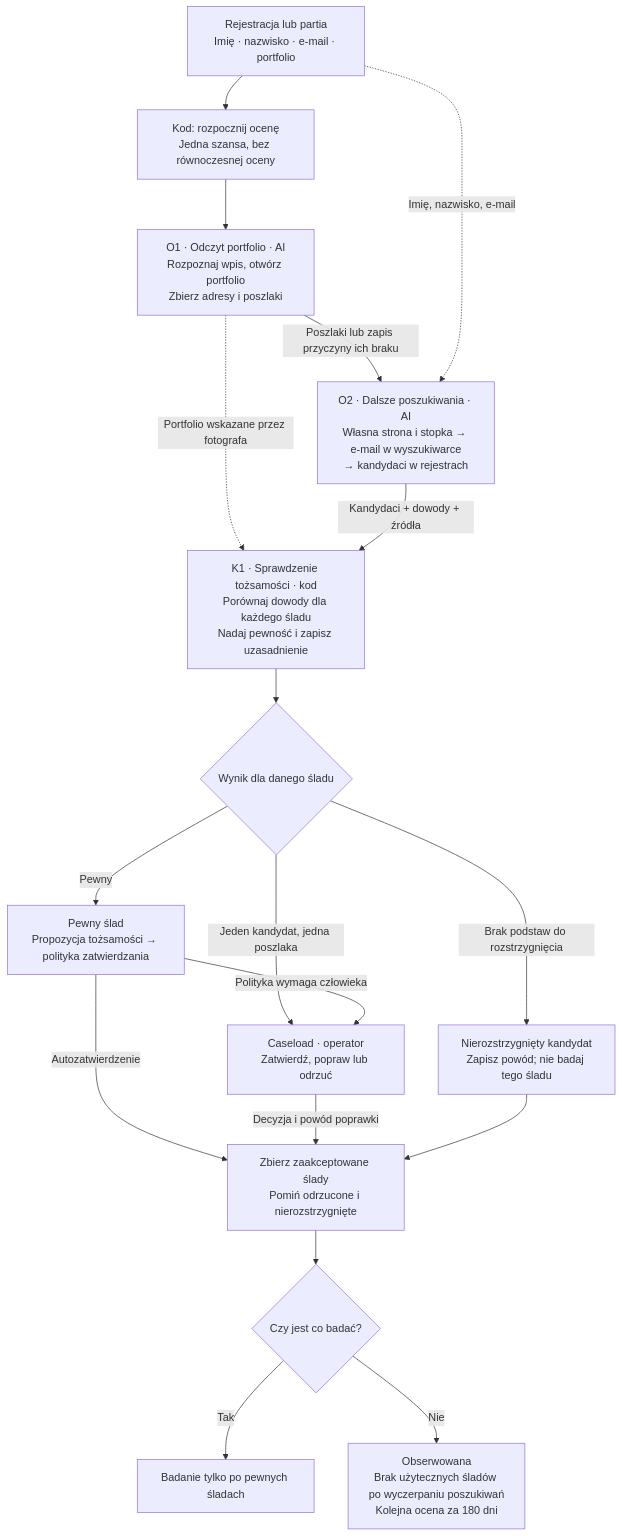
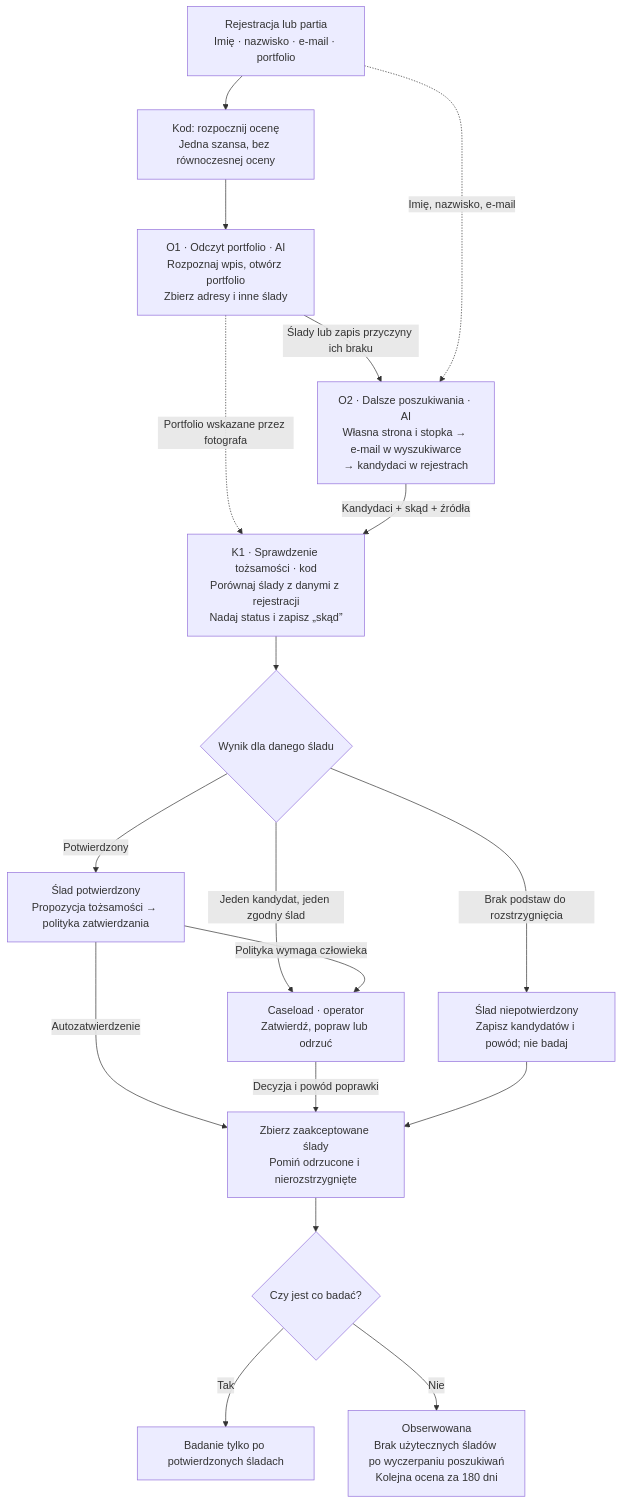
Before and after one commit to Asignolo/hackon: the first of 2 diagrams in docs/przeplyw-do-rozmowy-z-zespolem.md, drawn with Mermaid. The commit also changed other lines of this file and 6 other files, not shown here.

First line of the commit message:
Uproszczenie terminologii odkrycia: dane z rejestracji → ślady (potwierdzony/niepotwierdzony, skąd) → fakty

````diff
--- a/docs/przeplyw-do-rozmowy-z-zespolem.md
+++ b/docs/przeplyw-do-rozmowy-z-zespolem.md
@@ -11,32 +11,32 @@
 ```mermaid
 flowchart TD
     REG["Rejestracja lub partia<br/>Imię · nazwisko · e-mail · portfolio"]
     START["Kod: rozpocznij ocenę<br/>Jedna szansa, bez równoczesnej oceny"]
-    O1["O1 · Odczyt portfolio · AI<br/>Rozpoznaj wpis, otwórz portfolio<br/>Zbierz adresy i poszlaki"]
+    O1["O1 · Odczyt portfolio · AI<br/>Rozpoznaj wpis, otwórz portfolio<br/>Zbierz adresy i inne ślady"]
     O2["O2 · Dalsze poszukiwania · AI<br/>Własna strona i stopka → e-mail w wyszukiwarce<br/>→ kandydaci w rejestrach"]
-    K1["K1 · Sprawdzenie tożsamości · kod<br/>Porównaj dowody dla każdego śladu<br/>Nadaj pewność i zapisz uzasadnienie"]
+    K1["K1 · Sprawdzenie tożsamości · kod<br/>Porównaj ślady z danymi z rejestracji<br/>Nadaj status i zapisz „skąd”"]
     CLASS{"Wynik dla danego śladu"}
-    POLICY["Pewny ślad<br/>Propozycja tożsamości → polityka zatwierdzania"]
+    POLICY["Ślad potwierdzony<br/>Propozycja tożsamości → polityka zatwierdzania"]
     HUMAN["Caseload · operator<br/>Zatwierdź, popraw lub odrzuć"]
-    CAND["Nierozstrzygnięty kandydat<br/>Zapisz powód; nie badaj tego śladu"]
+    CAND["Ślad niepotwierdzony<br/>Zapisz kandydatów i powód; nie badaj"]
     SET["Zbierz zaakceptowane ślady<br/>Pomiń odrzucone i nierozstrzygnięte"]
     ANY{"Czy jest co badać?"}
-    RESEARCH["Badanie tylko po pewnych śladach"]
+    RESEARCH["Badanie tylko po potwierdzonych śladach"]
     WAIT["Obserwowana<br/>Brak użytecznych śladów po wyczerpaniu poszukiwań<br/>Kolejna ocena za 180 dni"]
     REG --> START --> O1
-    O1 -->|"Poszlaki lub zapis przyczyny ich braku"| O2
+    O1 -->|"Ślady lub zapis przyczyny ich braku"| O2
     REG -.->|"Imię, nazwisko, e-mail"| O2
     O1 -.->|"Portfolio wskazane przez fotografa"| K1
-    O2 -->|"Kandydaci + dowody + źródła"| K1
+    O2 -->|"Kandydaci + skąd + źródła"| K1
     K1 --> CLASS
-    CLASS -->|"Pewny"| POLICY
-    CLASS -->|"Jeden kandydat, jedna poszlaka"| HUMAN
+    CLASS -->|"Potwierdzony"| POLICY
+    CLASS -->|"Jeden kandydat, jeden zgodny ślad"| HUMAN
     CLASS -->|"Brak podstaw do rozstrzygnięcia"| CAND
     POLICY -->|"Autozatwierdzenie"| SET
     POLICY -->|"Polityka wymaga człowieka"| HUMAN
     HUMAN -->|"Decyzja i powód poprawki"| SET
     CAND --> SET
     SET --> ANY
     ANY -->|"Tak"| RESEARCH
     ANY -->|"Nie"| WAIT
 ```
````
